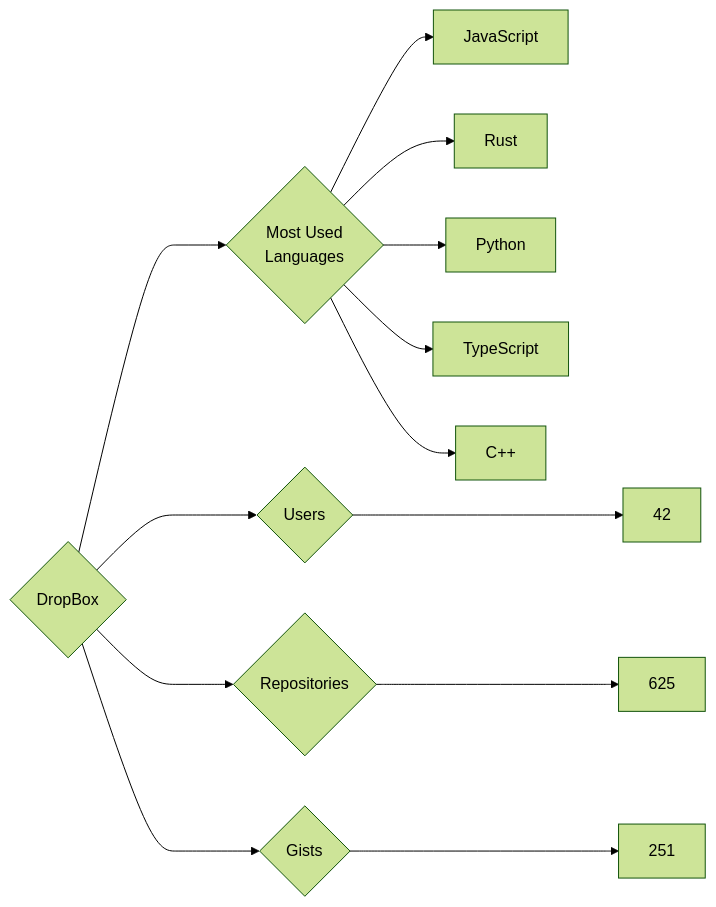
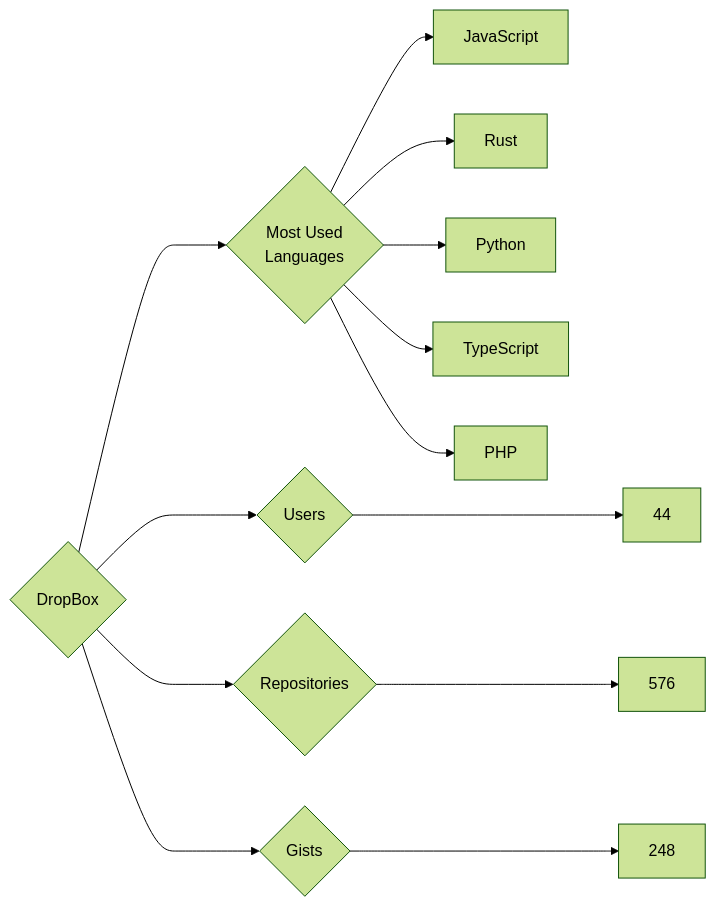
The diagram in targets/DropBox/README.md (trickest/insiders), drawn with Mermaid (forest theme) before and after one commit. The commit also changed 622 other files, not shown here.

````diff
--- a/targets/DropBox/README.md
+++ b/targets/DropBox/README.md
@@ -3,13 +3,13 @@
 ```mermaid
 graph LR
 COMPANY_NAME{DropBox}
-COMPANY_NAME ---> U{Users} ---> UN[42]
-COMPANY_NAME ---> R{Repositories} ---> RN[625]
-COMPANY_NAME ---> G{Gists} ---> GN[251]
+COMPANY_NAME ---> U{Users} ---> UN[44]
+COMPANY_NAME ---> R{Repositories} ---> RN[576]
+COMPANY_NAME ---> G{Gists} ---> GN[248]
 COMPANY_NAME ---> ML{Most Used<br>Languages}
 ML --> JavaScript[JavaScript]
 ML --> Rust[Rust]
 ML --> Python[Python]
 ML --> TypeScript[TypeScript]
-ML --> C++[C++]
+ML --> PHP[PHP]
 ```
````
